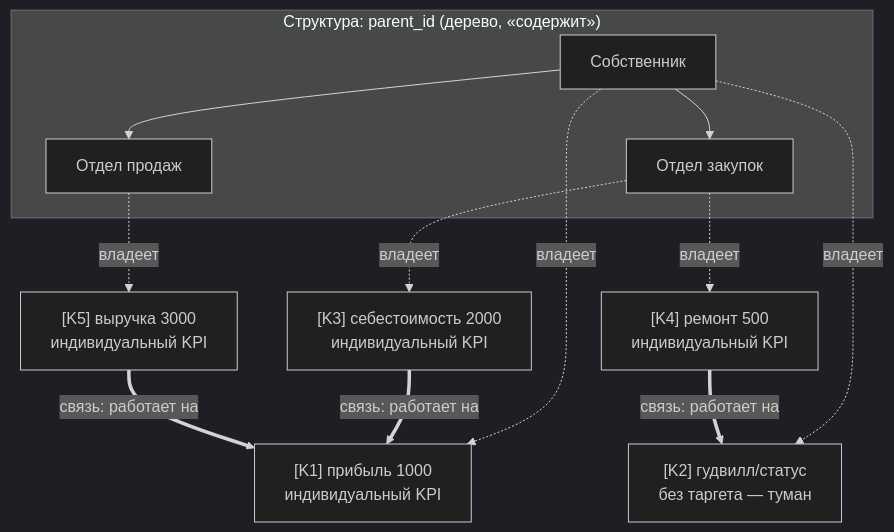
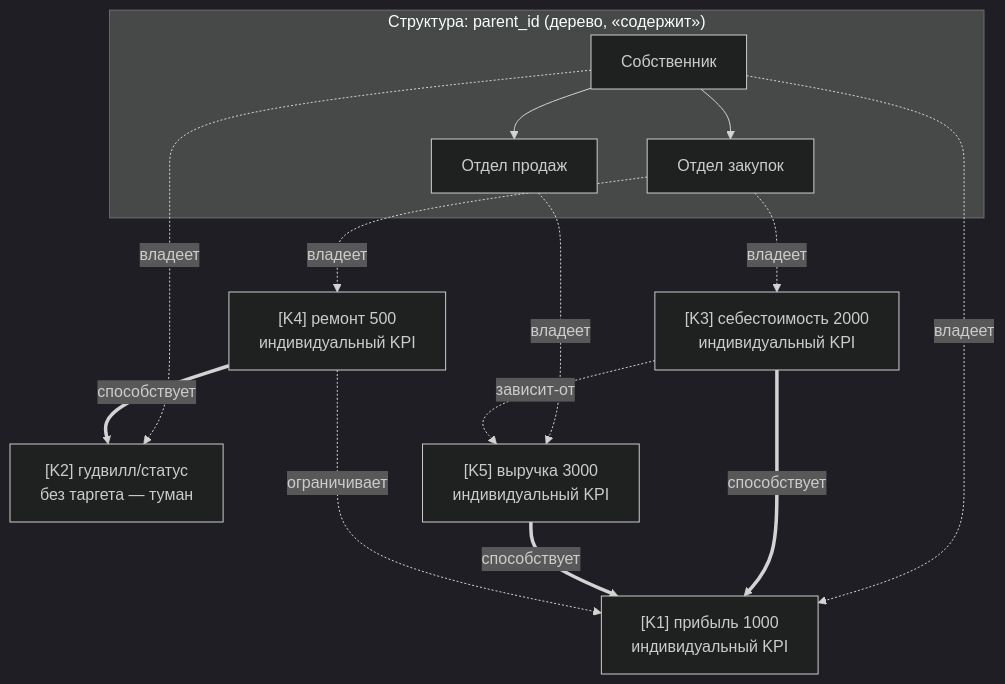
The fifth of 6 diagrams in docs/full-vision/02_Product/Management_Model.md (persfinancier-blip/ai-agents), drawn with Mermaid (dark theme) before and after one commit. The commit also changed other lines of this file and 5 other files, not shown here.

````diff
--- a/docs/full-vision/02_Product/Management_Model.md
+++ b/docs/full-vision/02_Product/Management_Model.md
@@ -330,23 +331,25 @@
 ```mermaid
 flowchart TD
     subgraph struct["Структура: parent_id (дерево, «содержит»)"]
         Owner["Собственник"]
         Proc["Отдел закупок"]
         Sales["Отдел продаж"]
         Owner --> Proc
         Owner --> Sales
     end
     K1["[K1] прибыль 1000\nиндивидуальный KPI"]
     K2["[K2] гудвилл/статус\nбез таргета — туман"]
     K3["[K3] себестоимость 2000\nиндивидуальный KPI"]
     K4["[K4] ремонт 500\nиндивидуальный KPI"]
     K5["[K5] выручка 3000\nиндивидуальный KPI"]
     Owner -. владеет .-> K1
     Owner -. владеет .-> K2
     Proc -. владеет .-> K3
     Proc -. владеет .-> K4
     Sales -. владеет .-> K5
-    K3 ==связь: работает на==> K1
-    K5 ==связь: работает на==> K1
-    K4 ==связь: работает на==> K2
+    K3 ==способствует==> K1
+    K5 ==способствует==> K1
+    K4 ==способствует==> K2
+    K4 -.ограничивает.-> K1
+    K3 -.зависит-от.-> K5
 ```
````
